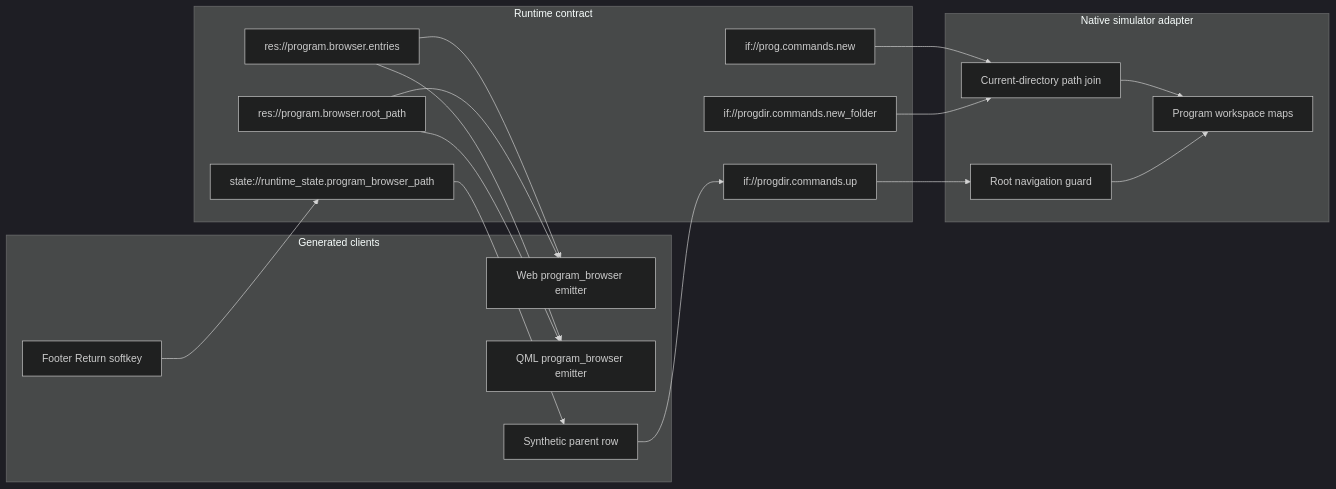
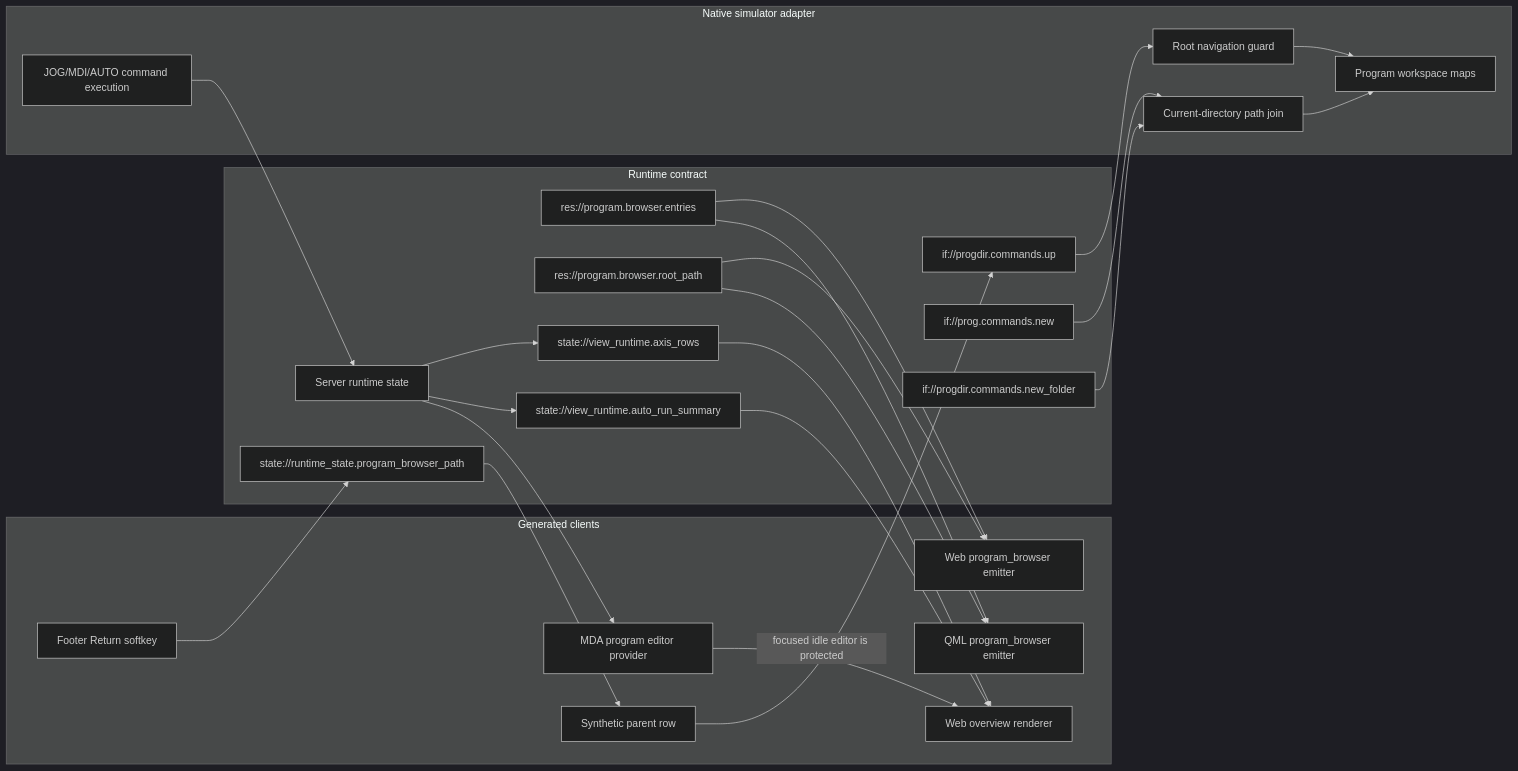
One commit to luppiterw/metanc_hmi_dsl_reports changed the diagram in 2026-05-08-codex-session/architecture-diagram.md. Above: the diagram before and after it, drawn with Mermaid (dark theme). The commit also changed 17 other files, not shown here.

````diff
--- a/2026-05-08-codex-session/architecture-diagram.md
+++ b/2026-05-08-codex-session/architecture-diagram.md
@@ -3,37 +3,50 @@
 ```mermaid
 flowchart LR
     subgraph Client[Generated clients]
         W[Web program_browser emitter]
         Q[QML program_browser emitter]
         P[Synthetic parent row]
         R[Footer Return softkey]
+        O[Web overview renderer]
+        M[MDA program editor provider]
     end
 
     subgraph Contract[Runtime contract]
         Entries[res://program.browser.entries]
         Root[res://program.browser.root_path]
         Up[if://progdir.commands.up]
         NewFile[if://prog.commands.new]
         NewFolder[if://progdir.commands.new_folder]
         State[state://runtime_state.program_browser_path]
+        RuntimeState[Server runtime state]
+        Axis[state://view_runtime.axis_rows]
+        Auto[state://view_runtime.auto_run_summary]
     end
 
     subgraph Server[Native simulator adapter]
         Workspace[Program workspace maps]
         RootGuard[Root navigation guard]
         JoinPath[Current-directory path join]
+        Commands[JOG/MDI/AUTO command execution]
     end
 
     Entries --> W
     Entries --> Q
     Root --> W
     Root --> Q
     State --> P
     P --> Up
     R --> State
     Up --> RootGuard
     NewFile --> JoinPath
     NewFolder --> JoinPath
     JoinPath --> Workspace
     RootGuard --> Workspace
+    Commands --> RuntimeState
+    RuntimeState --> Axis
+    RuntimeState --> Auto
+    Axis --> O
+    Auto --> O
+    RuntimeState --> M
+    M -->|focused idle editor is protected| O
 ```
````
